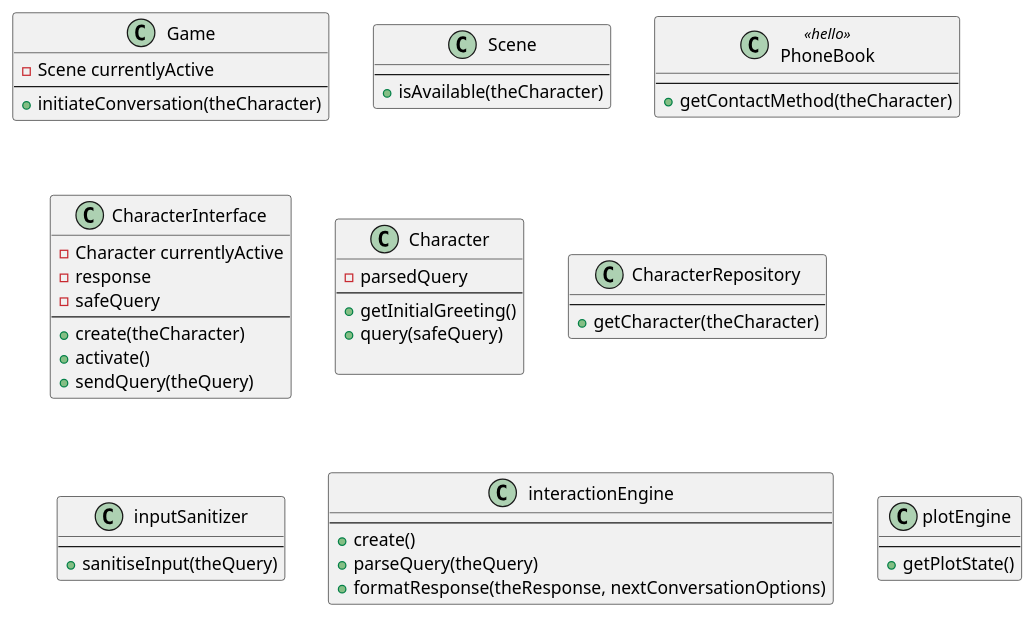
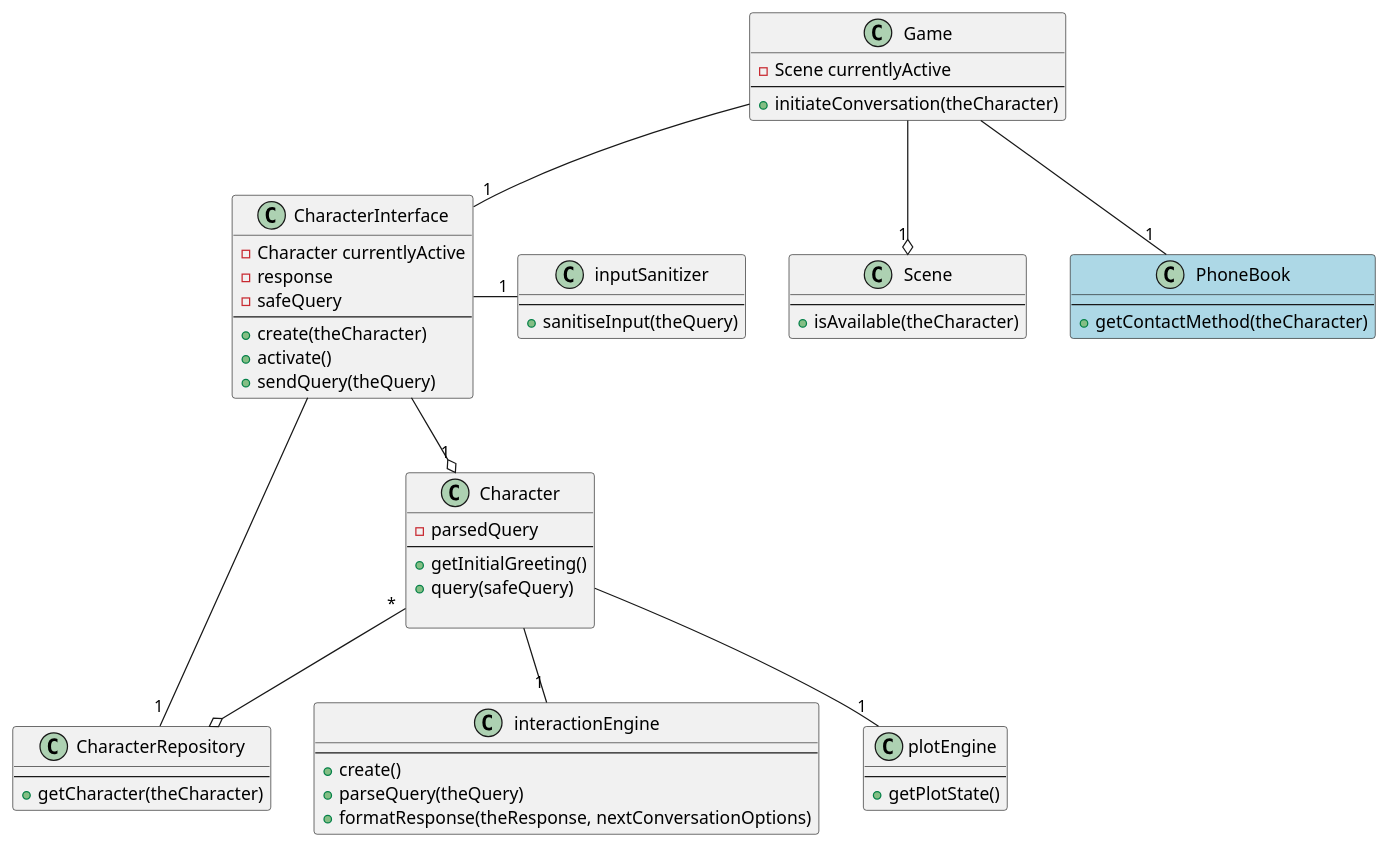
One commit to NoahHakansson/SE-PA1460 changed the diagram in classDiagram.pu. Above: the diagram before and after it, drawn with PlantUML.

Commit message:
Cool diagram

```diff
--- a/classDiagram.pu
+++ b/classDiagram.pu
@@ -1,65 +1,78 @@
 @startuml
 
 ' Add Classes, methods, and attributes:
 ' --------------------
 class Game {
     -Scene currentlyActive
     --
     +initiateConversation(theCharacter)
 }
 
 class Scene {
     --
     +isAvailable(theCharacter)
 }
 
-class PhoneBook <<hello>> {
+class PhoneBook #LightBlue{
     --
     +getContactMethod(theCharacter)
 }
+
 
 class CharacterInterface {
     -Character currentlyActive
     -response
     -safeQuery
     --
     +create(theCharacter)
     +activate()
     +sendQuery(theQuery)
 }
 
 class Character {
     -parsedQuery
     --
     +getInitialGreeting()
     +query(safeQuery)
 
 }
 
 class CharacterRepository {
     --
     +getCharacter(theCharacter)
 }
 
 class inputSanitizer {
     --
     +sanitiseInput(theQuery)
 }
 
 class interactionEngine {
     --
     +create()
     +parseQuery(theQuery)
     +formatResponse(theResponse, nextConversationOptions)
 }
 
 class plotEngine {
     --
     +getPlotState()
 }
 
 ' Relations
 ' --------------------
+Game --o "1" Scene
+Game -- "1" PhoneBook
+Game -- "1" CharacterInterface
+
+CharacterInterface - "1" CharacterRepository
+CharacterInterface - "1" inputSanitizer
+
+Character "*" --o CharacterRepository
+CharacterInterface --o "1" Character
+Character -- "1" interactionEngine
+Character -- "1" plotEngine
+
 
 
 @enduml
```
